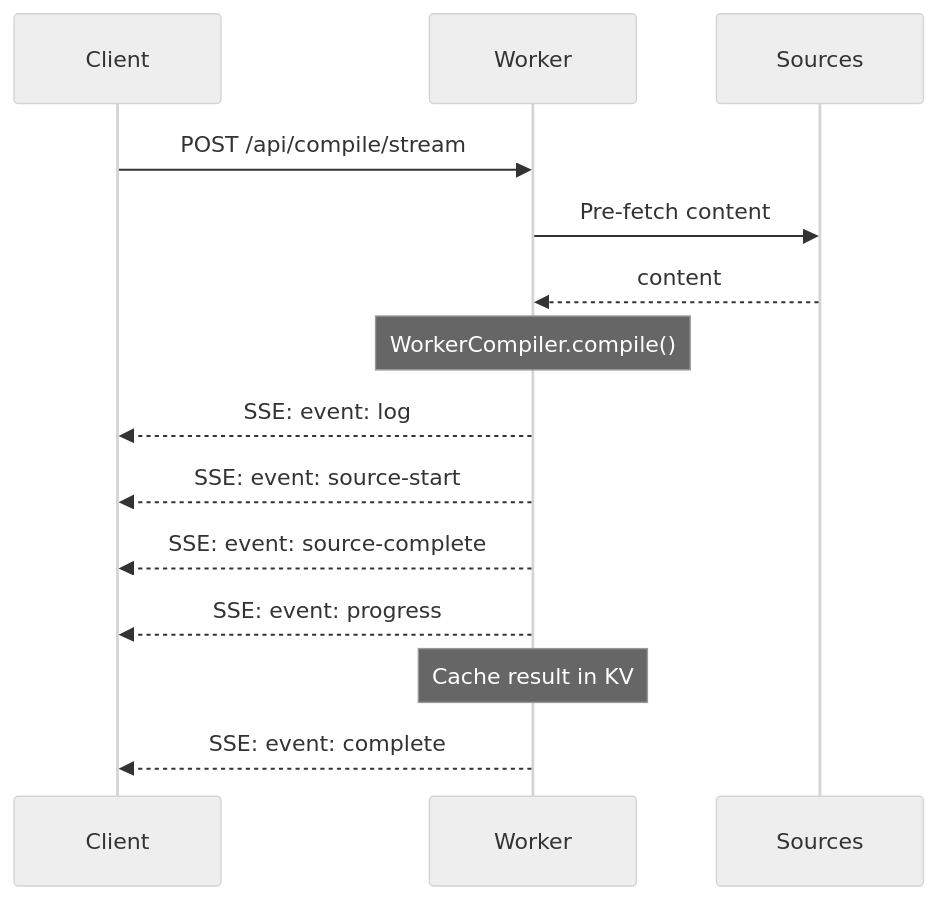
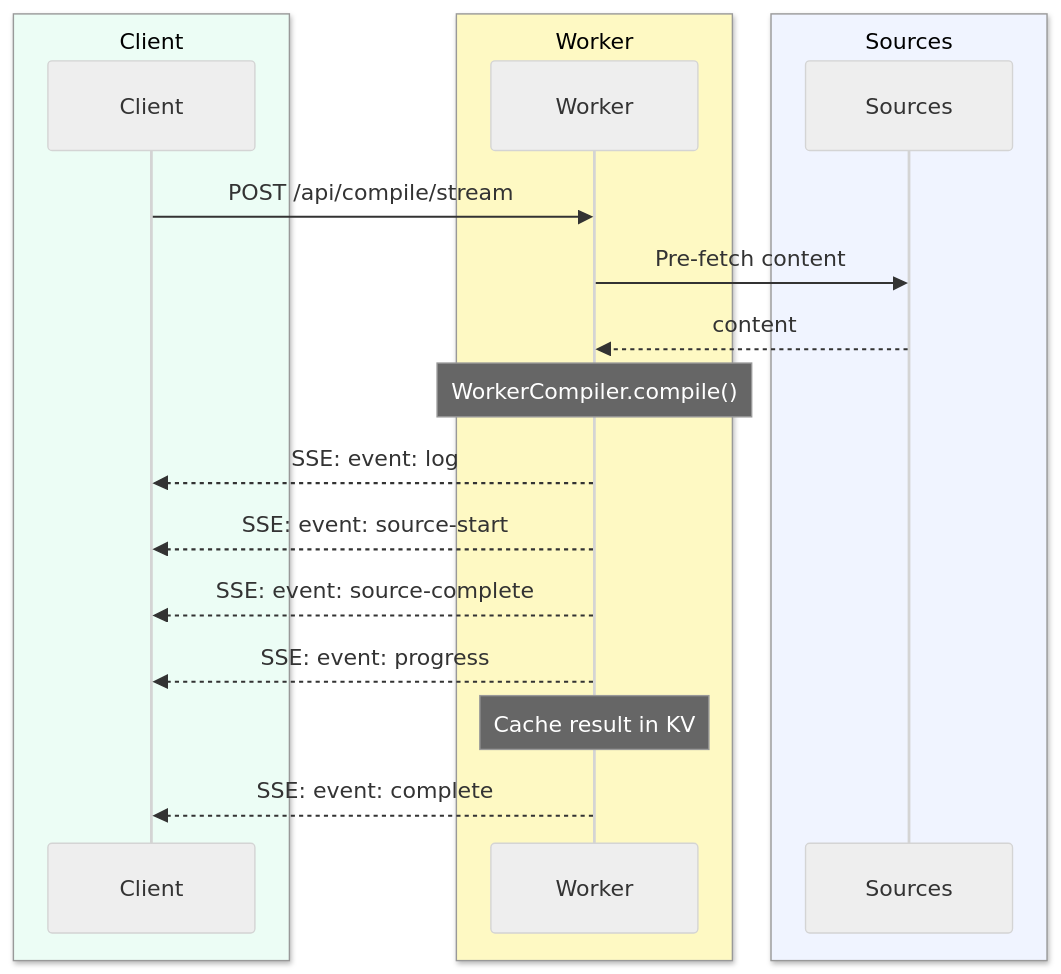
One commit to jaypatrick/adblock-compiler changed diagram 17 of 19 in docs/development/ARCHITECTURE.md. Above: the diagram before and after it, drawn with Mermaid (neutral theme). The commit also changed other lines of this file, not shown here.

Commit message:
docs: update ARCHITECTURE.md with current architecture and color-coded diagrams

````diff
--- a/docs/development/ARCHITECTURE.md
+++ b/docs/development/ARCHITECTURE.md
@@ -591,17 +786,23 @@
 ```mermaid
 sequenceDiagram
-    participant Client
-    participant Worker
-    participant Sources
+    box rgb(236,253,245) Client
+        participant Client
+    end
+    box rgb(254,249,195) Worker
+        participant Worker
+    end
+    box rgb(240,244,255) Sources
+        participant Sources
+    end
 
     Client->>Worker: POST /api/compile/stream
     Worker->>Sources: Pre-fetch content
     Sources-->>Worker: content
     Note over Worker: WorkerCompiler.compile()
     Worker-->>Client: SSE: event: log
     Worker-->>Client: SSE: event: source-start
     Worker-->>Client: SSE: event: source-complete
     Worker-->>Client: SSE: event: progress
     Note over Worker: Cache result in KV
     Worker-->>Client: SSE: event: complete
 ```
````
